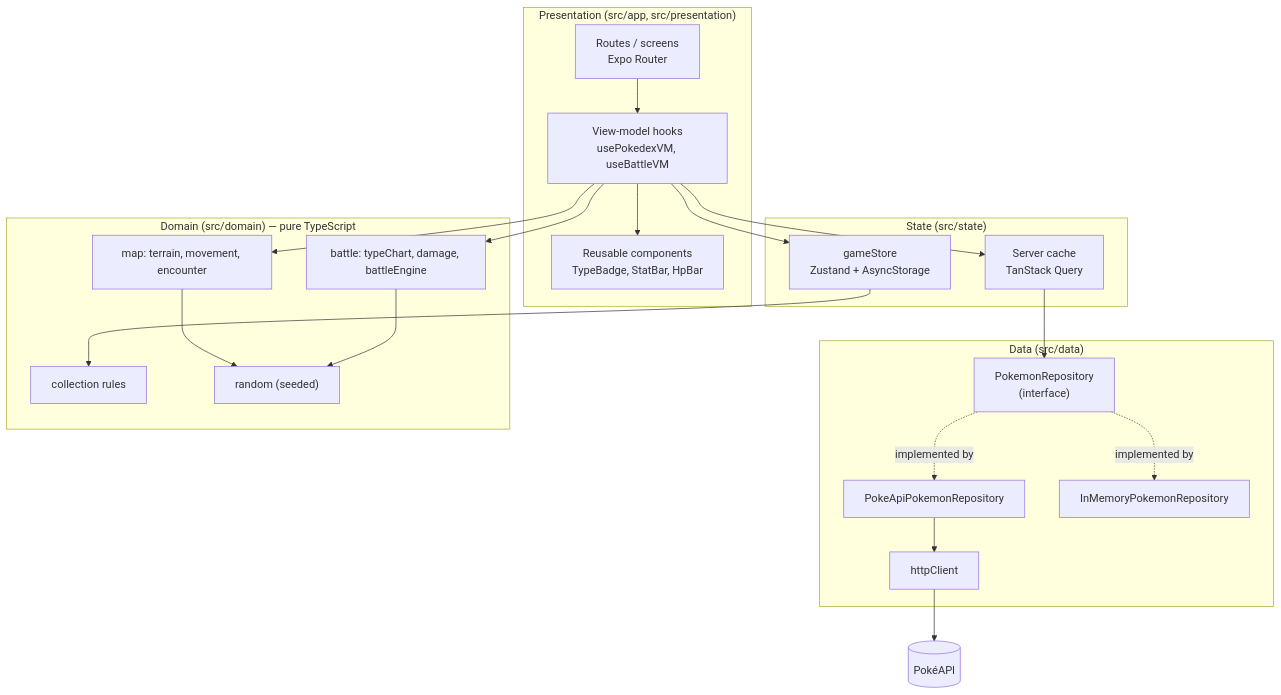
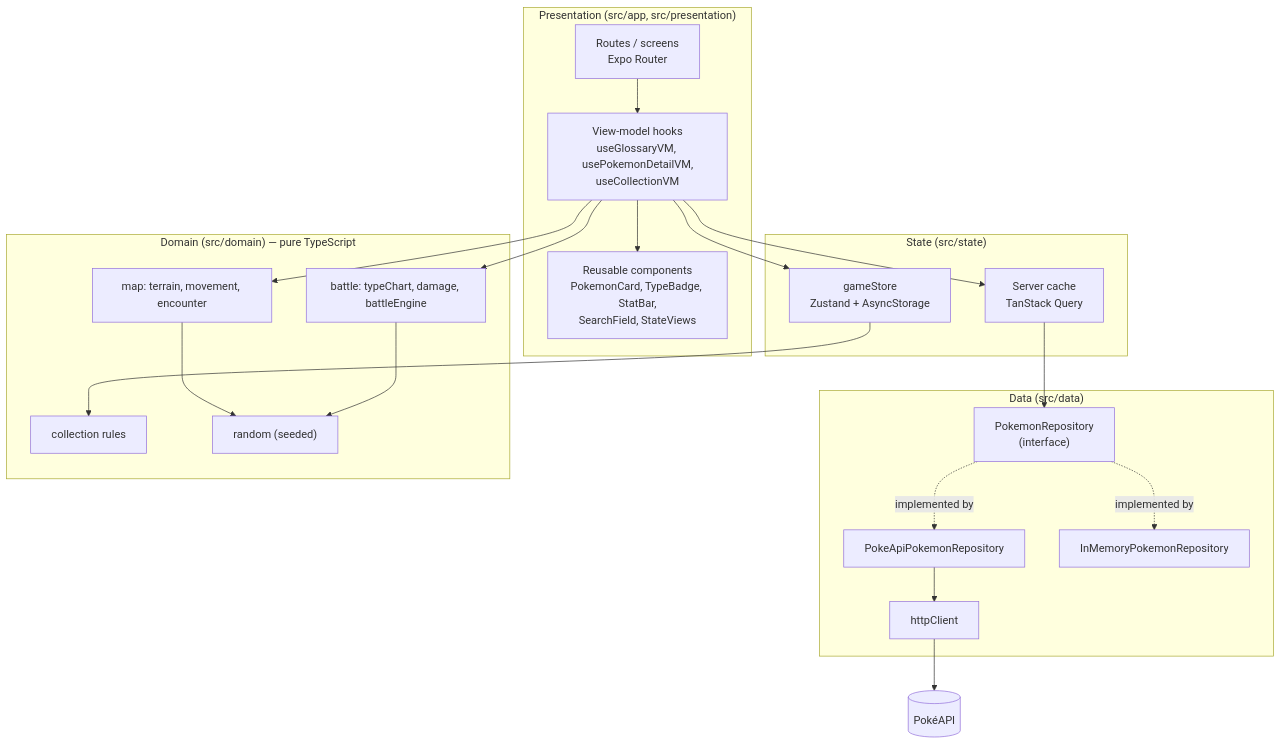
One commit to agusnuryady/pokedex-quest changed the first of 3 diagrams in docs/ARCHITECTURE.md. Above: the diagram before and after it, drawn with Mermaid. The commit also changed other lines of this file and 139 other files, not shown here.

Commit message:
feat: glossary, pokemon detail and collection screens

````diff
--- a/docs/ARCHITECTURE.md
+++ b/docs/ARCHITECTURE.md
@@ -18,35 +18,35 @@
 ```mermaid
 flowchart TD
     subgraph Presentation["Presentation (src/app, src/presentation)"]
         Routes["Routes / screens<br/>Expo Router"]
-        VM["View-model hooks<br/>usePokedexVM, useBattleVM"]
-        UI["Reusable components<br/>TypeBadge, StatBar, HpBar"]
+        VM["View-model hooks<br/>useGlossaryVM, usePokemonDetailVM,<br/>useCollectionVM"]
+        UI["Reusable components<br/>PokemonCard, TypeBadge, StatBar,<br/>SearchField, StateViews"]
     end
     subgraph State["State (src/state)"]
         Store["gameStore<br/>Zustand + AsyncStorage"]
         Query["Server cache<br/>TanStack Query"]
     end
     subgraph Data["Data (src/data)"]
         Repo["PokemonRepository<br/>(interface)"]
         Api["PokeApiPokemonRepository"]
         Mock["InMemoryPokemonRepository"]
         Http["httpClient"]
     end
     subgraph Domain["Domain (src/domain) — pure TypeScript"]
         Map["map: terrain, movement, encounter"]
         Battle["battle: typeChart, damage, battleEngine"]
         Coll["collection rules"]
         Rng["random (seeded)"]
     end
 
     Routes --> VM --> UI
     VM --> Store
     VM --> Query --> Repo
     Repo -.implemented by.-> Api --> Http --> PokeAPI[(PokéAPI)]
     Repo -.implemented by.-> Mock
     Store --> Coll
     VM --> Map
     VM --> Battle
     Map --> Rng
     Battle --> Rng
 ```
````
